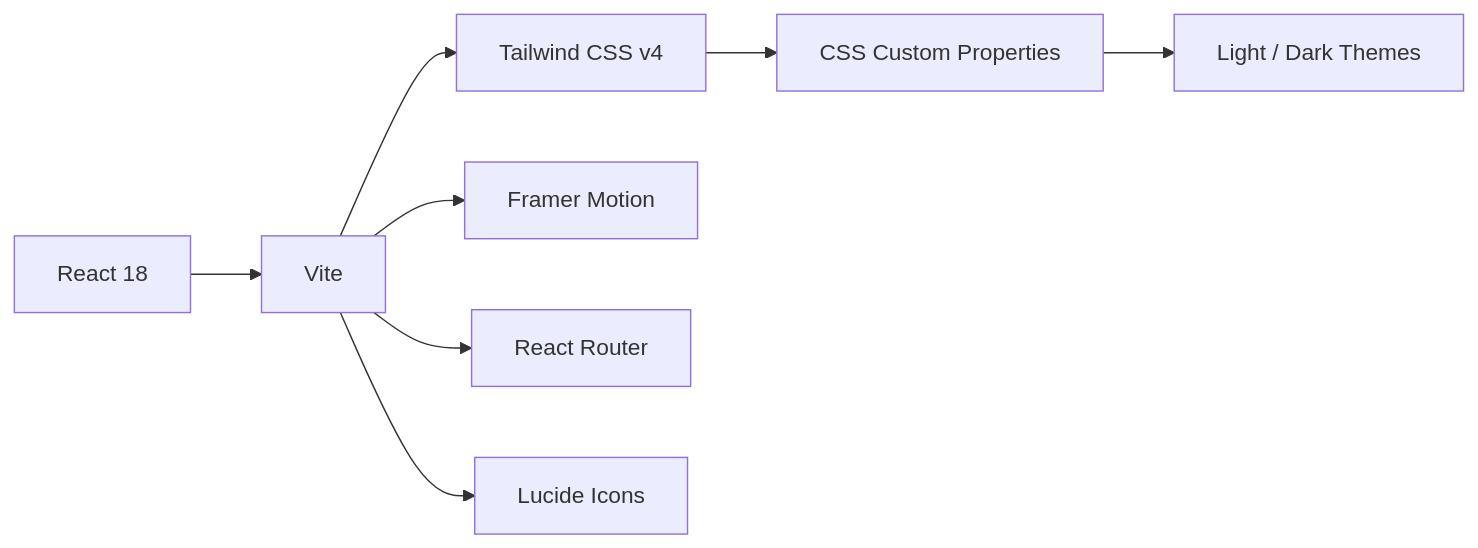
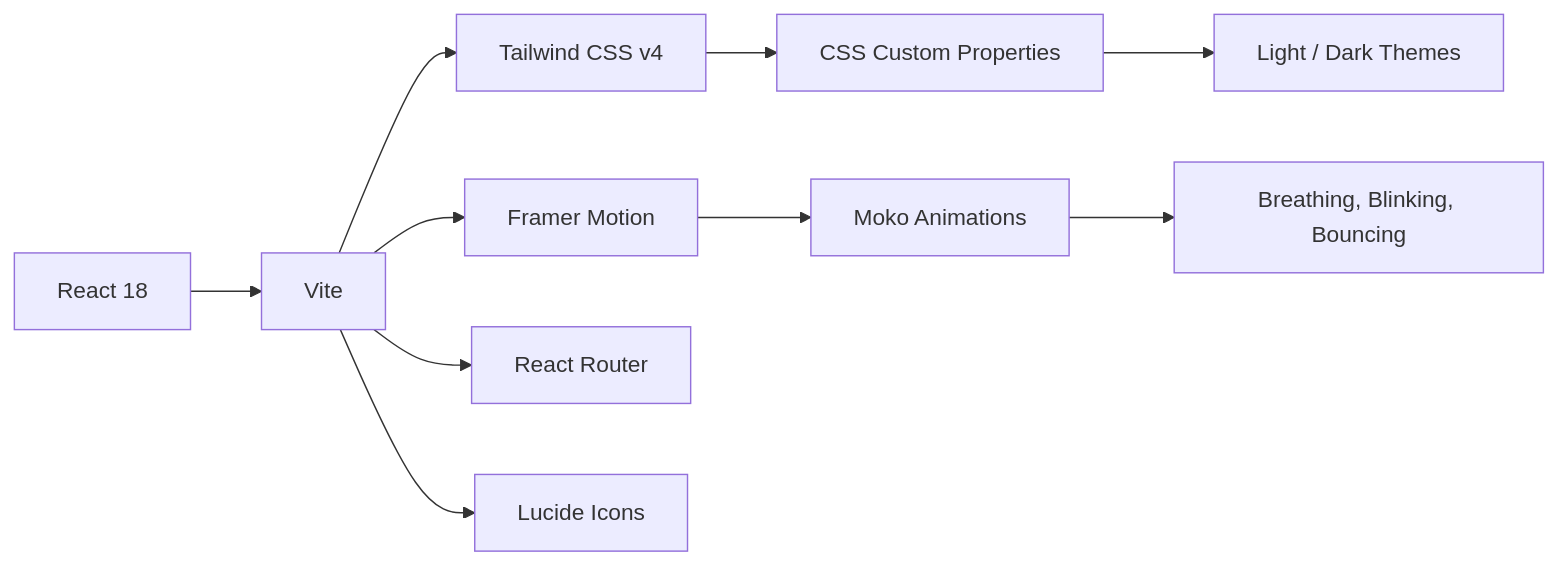
One commit to Tanveer120/PrepMate changed the diagram in README.md. Above: the diagram before and after it, drawn with Mermaid. The commit also changed other lines of this file and 6 other files, not shown here.

````diff
--- a/README.md
+++ b/README.md
@@ -107,10 +197,12 @@
 ```mermaid
 graph LR
     A[React 18] --> B[Vite]
     B --> C[Tailwind CSS v4]
     B --> D[Framer Motion]
     B --> E[React Router]
     B --> F[Lucide Icons]
     C --> G[CSS Custom Properties]
     G --> H[Light / Dark Themes]
+    D --> I[Moko Animations]
+    I --> J[Breathing, Blinking, Bouncing]
 ```
````
